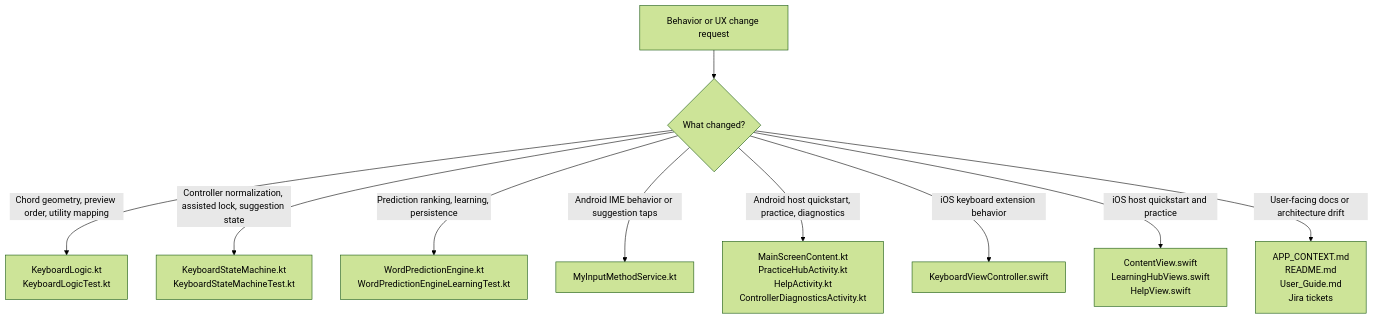
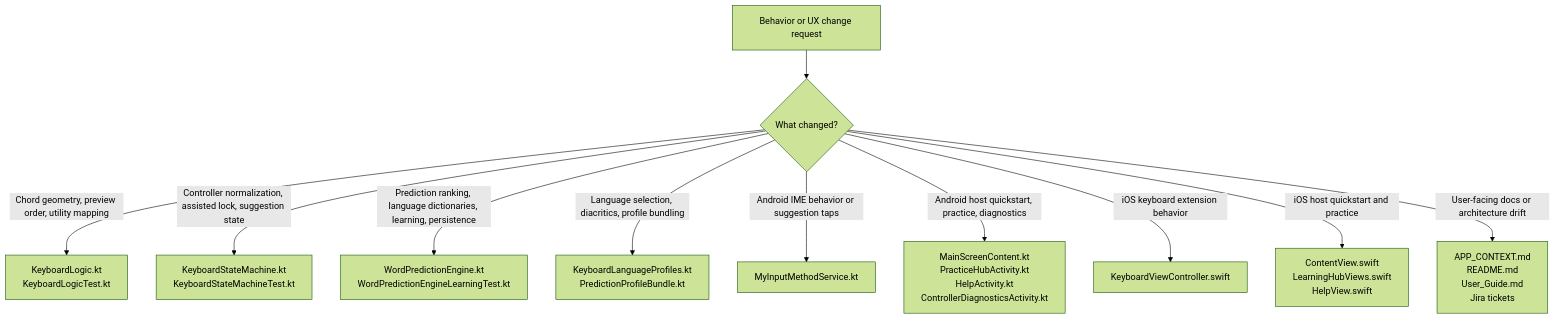
Before and after one commit to vatsalunadkat/ERICKeyboard: the second of 8 diagrams in APP_CONTEXT.md, drawn with Mermaid (forest theme). The commit also changed other lines of this file and 10 other files, not shown here.

First line of the commit message:
docs: capture language profile rollout

````diff
--- a/APP_CONTEXT.md
+++ b/APP_CONTEXT.md
@@ -133,12 +137,13 @@
 ```mermaid
 flowchart TD
     Start[Behavior or UX change request] --> Decision{What changed?}
     Decision -->|Chord geometry, preview order, utility mapping| Logic[KeyboardLogic.kt\nKeyboardLogicTest.kt]
     Decision -->|Controller normalization, assisted lock, suggestion state| StateMachine[KeyboardStateMachine.kt\nKeyboardStateMachineTest.kt]
-    Decision -->|Prediction ranking, learning, persistence| Predictor[WordPredictionEngine.kt\nWordPredictionEngineLearningTest.kt]
+    Decision -->|Prediction ranking, language dictionaries, learning, persistence| Predictor[WordPredictionEngine.kt\nWordPredictionEngineLearningTest.kt]
+    Decision -->|Language selection, diacritics, profile bundling| Language[KeyboardLanguageProfiles.kt\nPredictionProfileBundle.kt]
     Decision -->|Android IME behavior or suggestion taps| AndroidIME[MyInputMethodService.kt]
     Decision -->|Android host quickstart, practice, diagnostics| AndroidHost[MainScreenContent.kt\nPracticeHubActivity.kt\nHelpActivity.kt\nControllerDiagnosticsActivity.kt]
     Decision -->|iOS keyboard extension behavior| IosExtension[KeyboardViewController.swift]
     Decision -->|iOS host quickstart and practice| IosHost[ContentView.swift\nLearningHubViews.swift\nHelpView.swift]
     Decision -->|User-facing docs or architecture drift| Docs[APP_CONTEXT.md\nREADME.md\nUser_Guide.md\nJira tickets]
 ```
````
